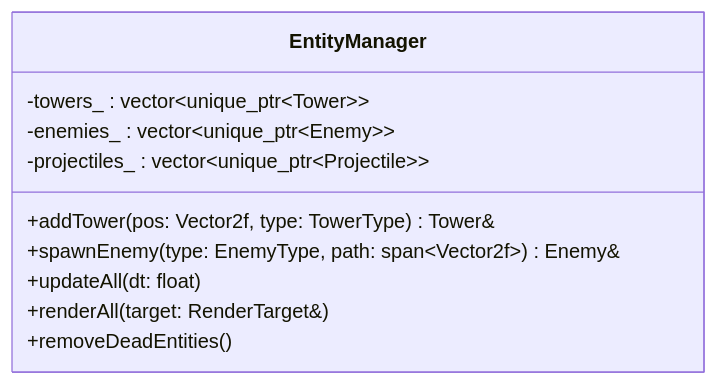
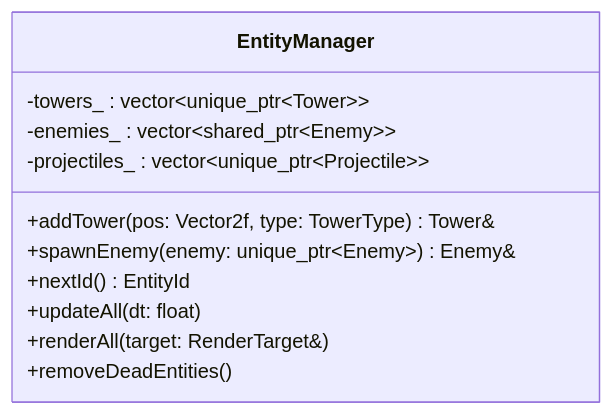
Before and after one commit to chuipagro/defender: the fifth of 11 diagrams in docs/architecture.md, drawn with Mermaid. The commit also changed other lines of this file and 93 other files, not shown here.

````diff
--- a/docs/architecture.md
+++ b/docs/architecture.md
@@ -135,13 +137,14 @@
 ```mermaid
 classDiagram
     class EntityManager {
         +addTower(pos: Vector2f, type: TowerType) Tower&
-        +spawnEnemy(type: EnemyType, path: span~Vector2f~) Enemy&
+        +spawnEnemy(enemy: unique_ptr~Enemy~) Enemy&
+        +nextId() EntityId
         +updateAll(dt: float)
         +renderAll(target: RenderTarget&)
         +removeDeadEntities()
         -towers_ : vector~unique_ptr~Tower~~
-        -enemies_ : vector~unique_ptr~Enemy~~
+        -enemies_ : vector~shared_ptr~Enemy~~
         -projectiles_ : vector~unique_ptr~Projectile~~
     }
 ```
````
